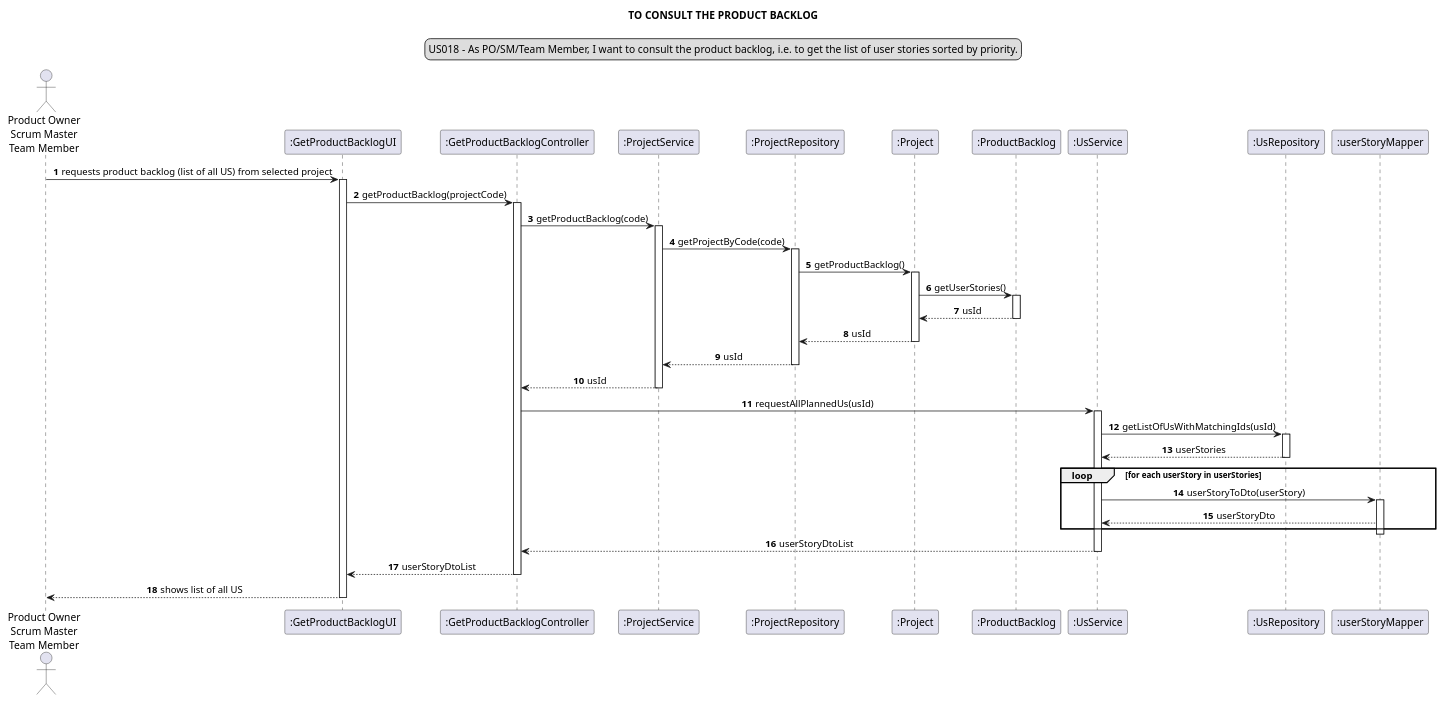
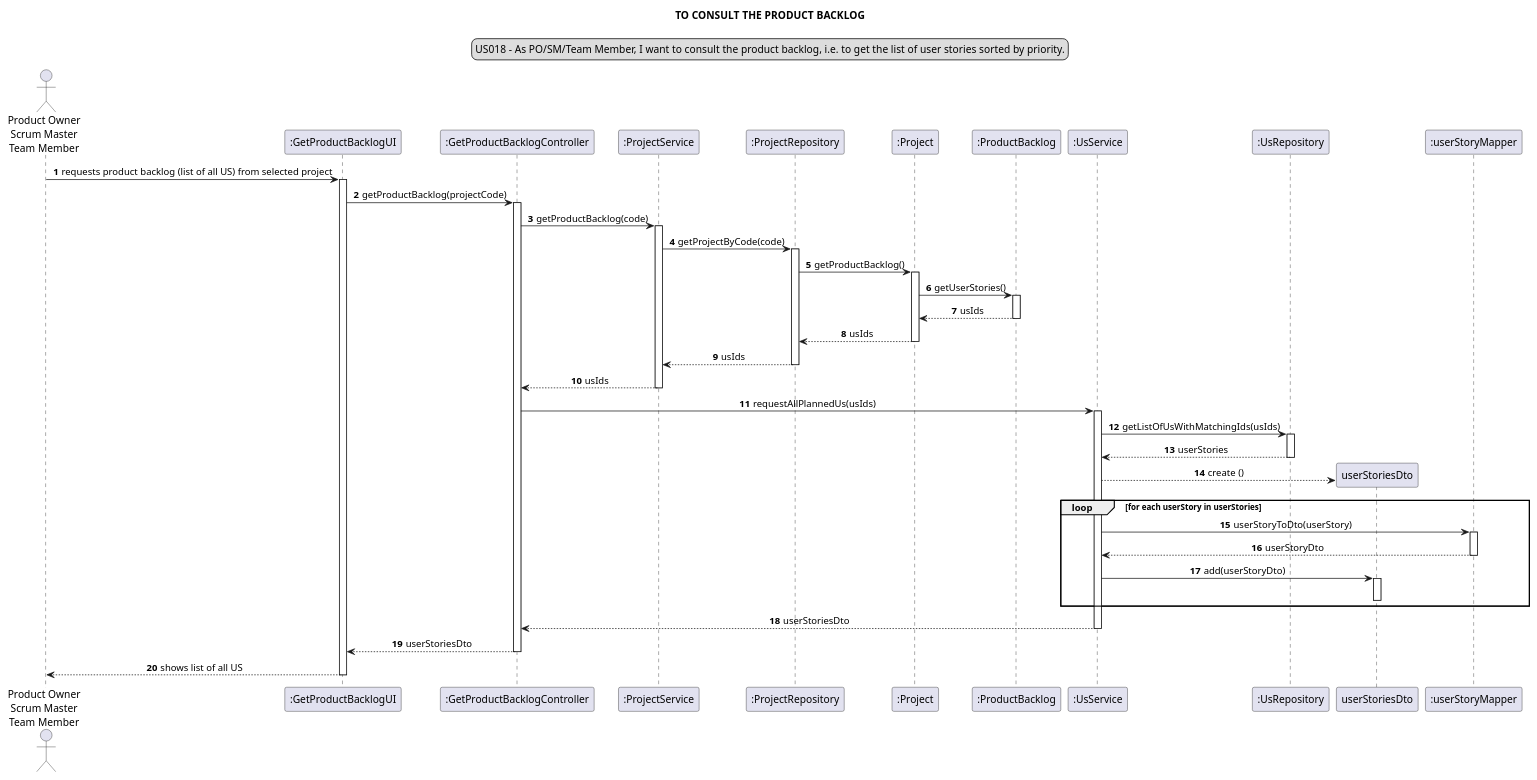
Before and after one commit to Loracline/project_switch_22-23: the diagram in docs/modelling_design/user_stories/sprint03/us018/US018_sequenceDiagram.puml, drawn with PlantUML. The commit also changed 3 other files, not shown here.

Commit message:
US017-US018: Design: Updated sequence and class diagrams of US017 and US018, closes #235

```diff
--- a/docs/modelling_design/user_stories/sprint03/us018/US018_sequenceDiagram.puml
+++ b/docs/modelling_design/user_stories/sprint03/us018/US018_sequenceDiagram.puml
@@ -1,62 +1,68 @@
 @startuml
 skinparam sequenceMessageAlign center
 title TO CONSULT THE PRODUCT BACKLOG
 legend top
 US018 - As PO/SM/Team Member, I want to consult the product backlog, i.e. to get the list of user stories sorted by priority.
 end legend
 autonumber
 
 actor "Product Owner\nScrum Master\nTeam Member" as actor
 participant ":GetProductBacklogUI" as ui
 participant ":GetProductBacklogController" as controller
 participant ":ProjectService" as pservice
 participant ":ProjectRepository" as prepo
 participant ":Project" as project
 participant ":ProductBacklog" as backlog
 participant ":UsService" as uservice
 participant ":UsRepository" as usrep
+participant "userStoriesDto"
 participant ":userStoryMapper" as usmapper
 
 
 
 actor -> ui: requests product backlog (list of all US) from selected project
 activate ui
 ui -> controller: getProductBacklog(projectCode)
 activate controller
 controller -> pservice: getProductBacklog(code)
 activate pservice
 pservice -> prepo: getProjectByCode(code)
 activate prepo
 prepo -> project: getProductBacklog()
 activate project
 project -> backlog: getUserStories()
 activate backlog
-backlog --> project: usId
+backlog --> project: usIds
 deactivate backlog
-project --> prepo: usId
+project --> prepo: usIds
 deactivate project
-prepo --> pservice: usId
+prepo --> pservice: usIds
 deactivate prepo
-pservice --> controller: usId
+pservice --> controller: usIds
 deactivate pservice
-controller -> uservice : requestAllPlannedUs(usId)
+controller -> uservice : requestAllPlannedUs(usIds)
 activate uservice
-uservice -> usrep : getListOfUsWithMatchingIds(usId)
+uservice -> usrep : getListOfUsWithMatchingIds(usIds)
 activate usrep
 usrep --> uservice : userStories
 deactivate usrep
+create "userStoriesDto"
+uservice --> userStoriesDto: create ()
 loop for each userStory in userStories
 uservice -> usmapper:  userStoryToDto(userStory)
 activate usmapper
 usmapper --> uservice : userStoryDto
+deactivate usmapper
+uservice -> "userStoriesDto": add(userStoryDto)
+activate "userStoriesDto"
+deactivate "userStoriesDto"
+end loop
 
-end loop
-deactivate usmapper
-uservice --> controller: userStoryDtoList
+uservice --> controller: userStoriesDto
 deactivate uservice
-controller --> ui : userStoryDtoList
+controller --> ui : userStoriesDto
 deactivate controller
 
 ui --> actor: shows list of all US
 deactivate ui
 @enduml
```
